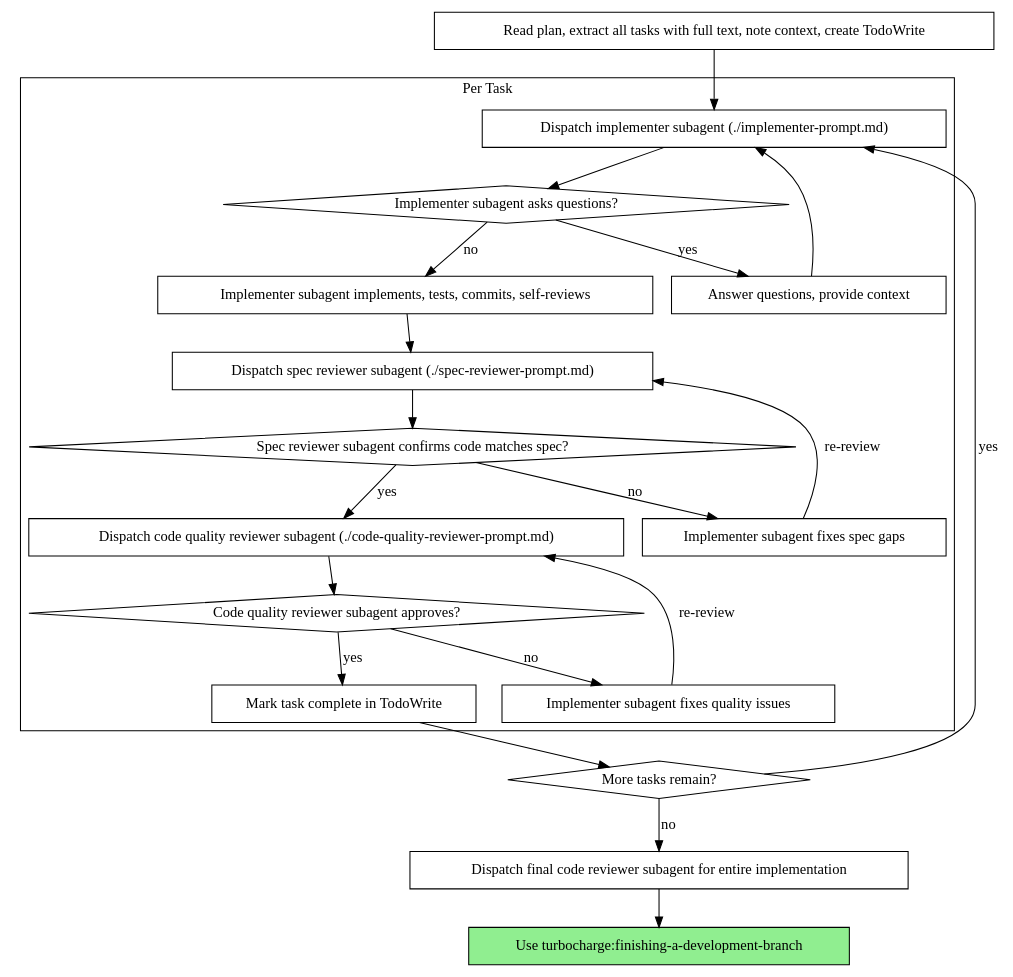
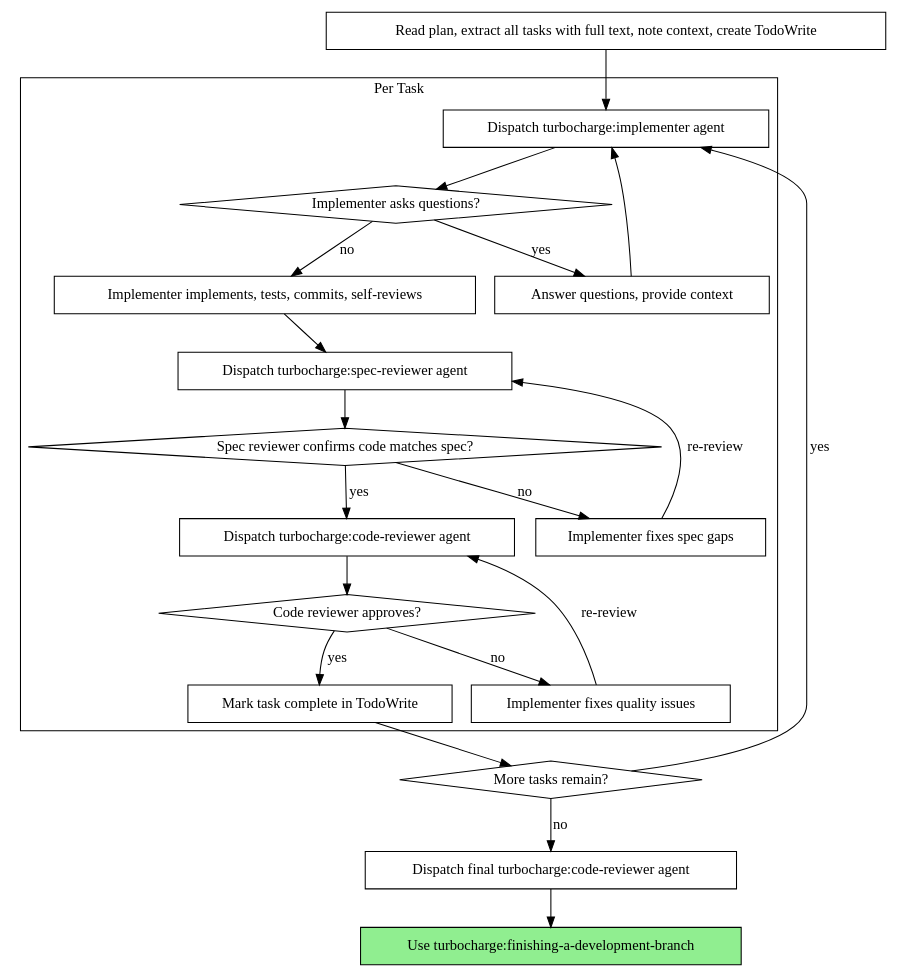
One commit to nicodiansk/turbocharge changed the second of 2 diagrams in skills/subagent-driven-development/SKILL.md. Above: the diagram before and after it, drawn with Graphviz. The commit also changed other lines of this file and 5 other files, not shown here.

````diff
--- a/skills/subagent-driven-development/SKILL.md
+++ b/skills/subagent-driven-development/SKILL.md
@@ -40,44 +40,44 @@
 ```dot
 digraph process {
     rankdir=TB;
 
     subgraph cluster_per_task {
         label="Per Task";
-        "Dispatch implementer subagent (./implementer-prompt.md)" [shape=box];
-        "Implementer subagent asks questions?" [shape=diamond];
+        "Dispatch turbocharge:implementer agent" [shape=box];
+        "Implementer asks questions?" [shape=diamond];
         "Answer questions, provide context" [shape=box];
-        "Implementer subagent implements, tests, commits, self-reviews" [shape=box];
-        "Dispatch spec reviewer subagent (./spec-reviewer-prompt.md)" [shape=box];
-        "Spec reviewer subagent confirms code matches spec?" [shape=diamond];
-        "Implementer subagent fixes spec gaps" [shape=box];
-        "Dispatch code quality reviewer subagent (./code-quality-reviewer-prompt.md)" [shape=box];
-        "Code quality reviewer subagent approves?" [shape=diamond];
-        "Implementer subagent fixes quality issues" [shape=box];
+        "Implementer implements, tests, commits, self-reviews" [shape=box];
+        "Dispatch turbocharge:spec-reviewer agent" [shape=box];
+        "Spec reviewer confirms code matches spec?" [shape=diamond];
+        "Implementer fixes spec gaps" [shape=box];
+        "Dispatch turbocharge:code-reviewer agent" [shape=box];
+        "Code reviewer approves?" [shape=diamond];
+        "Implementer fixes quality issues" [shape=box];
         "Mark task complete in TodoWrite" [shape=box];
     }
 
     "Read plan, extract all tasks with full text, note context, create TodoWrite" [shape=box];
     "More tasks remain?" [shape=diamond];
-    "Dispatch final code reviewer subagent for entire implementation" [shape=box];
+    "Dispatch final turbocharge:code-reviewer agent" [shape=box];
     "Use turbocharge:finishing-a-development-branch" [shape=box style=filled fillcolor=lightgreen];
 
-    "Read plan, extract all tasks with full text, note context, create TodoWrite" -> "Dispatch implementer subagent (./implementer-prompt.md)";
-    "Dispatch implementer subagent (./implementer-prompt.md)" -> "Implementer subagent asks questions?";
-    "Implementer subagent asks questions?" -> "Answer questions, provide context" [label="yes"];
-    "Answer questions, provide context" -> "Dispatch implementer subagent (./implementer-prompt.md)";
-    "Implementer subagent asks questions?" -> "Implementer subagent implements, tests, commits, self-reviews" [label="no"];
-    "Implementer subagent implements, tests, commits, self-reviews" -> "Dispatch spec reviewer subagent (./spec-reviewer-prompt.md)";
-    "Dispatch spec reviewer subagent (./spec-reviewer-prompt.md)" -> "Spec reviewer subagent confirms code matches spec?";
-    "Spec reviewer subagent confirms code matches spec?" -> "Implementer subagent fixes spec gaps" [label="no"];
-    "Implementer subagent fixes spec gaps" -> "Dispatch spec reviewer subagent (./spec-reviewer-prompt.md)" [label="re-review"];
-    "Spec reviewer subagent confirms code matches spec?" -> "Dispatch code quality reviewer subagent (./code-quality-reviewer-prompt.md)" [label="yes"];
-    "Dispatch code quality reviewer subagent (./code-quality-reviewer-prompt.md)" -> "Code quality reviewer subagent approves?";
-    "Code quality reviewer subagent approves?" -> "Implementer subagent fixes quality issues" [label="no"];
-    "Implementer subagent fixes quality issues" -> "Dispatch code quality reviewer subagent (./code-quality-reviewer-prompt.md)" [label="re-review"];
-    "Code quality reviewer subagent approves?" -> "Mark task complete in TodoWrite" [label="yes"];
+    "Read plan, extract all tasks with full text, note context, create TodoWrite" -> "Dispatch turbocharge:implementer agent";
+    "Dispatch turbocharge:implementer agent" -> "Implementer asks questions?";
+    "Implementer asks questions?" -> "Answer questions, provide context" [label="yes"];
+    "Answer questions, provide context" -> "Dispatch turbocharge:implementer agent";
+    "Implementer asks questions?" -> "Implementer implements, tests, commits, self-reviews" [label="no"];
+    "Implementer implements, tests, commits, self-reviews" -> "Dispatch turbocharge:spec-reviewer agent";
+    "Dispatch turbocharge:spec-reviewer agent" -> "Spec reviewer confirms code matches spec?";
+    "Spec reviewer confirms code matches spec?" -> "Implementer fixes spec gaps" [label="no"];
+    "Implementer fixes spec gaps" -> "Dispatch turbocharge:spec-reviewer agent" [label="re-review"];
+    "Spec reviewer confirms code matches spec?" -> "Dispatch turbocharge:code-reviewer agent" [label="yes"];
+    "Dispatch turbocharge:code-reviewer agent" -> "Code reviewer approves?";
+    "Code reviewer approves?" -> "Implementer fixes quality issues" [label="no"];
+    "Implementer fixes quality issues" -> "Dispatch turbocharge:code-reviewer agent" [label="re-review"];
+    "Code reviewer approves?" -> "Mark task complete in TodoWrite" [label="yes"];
     "Mark task complete in TodoWrite" -> "More tasks remain?";
-    "More tasks remain?" -> "Dispatch implementer subagent (./implementer-prompt.md)" [label="yes"];
-    "More tasks remain?" -> "Dispatch final code reviewer subagent for entire implementation" [label="no"];
-    "Dispatch final code reviewer subagent for entire implementation" -> "Use turbocharge:finishing-a-development-branch";
+    "More tasks remain?" -> "Dispatch turbocharge:implementer agent" [label="yes"];
+    "More tasks remain?" -> "Dispatch final turbocharge:code-reviewer agent" [label="no"];
+    "Dispatch final turbocharge:code-reviewer agent" -> "Use turbocharge:finishing-a-development-branch";
 }
 ```
````
